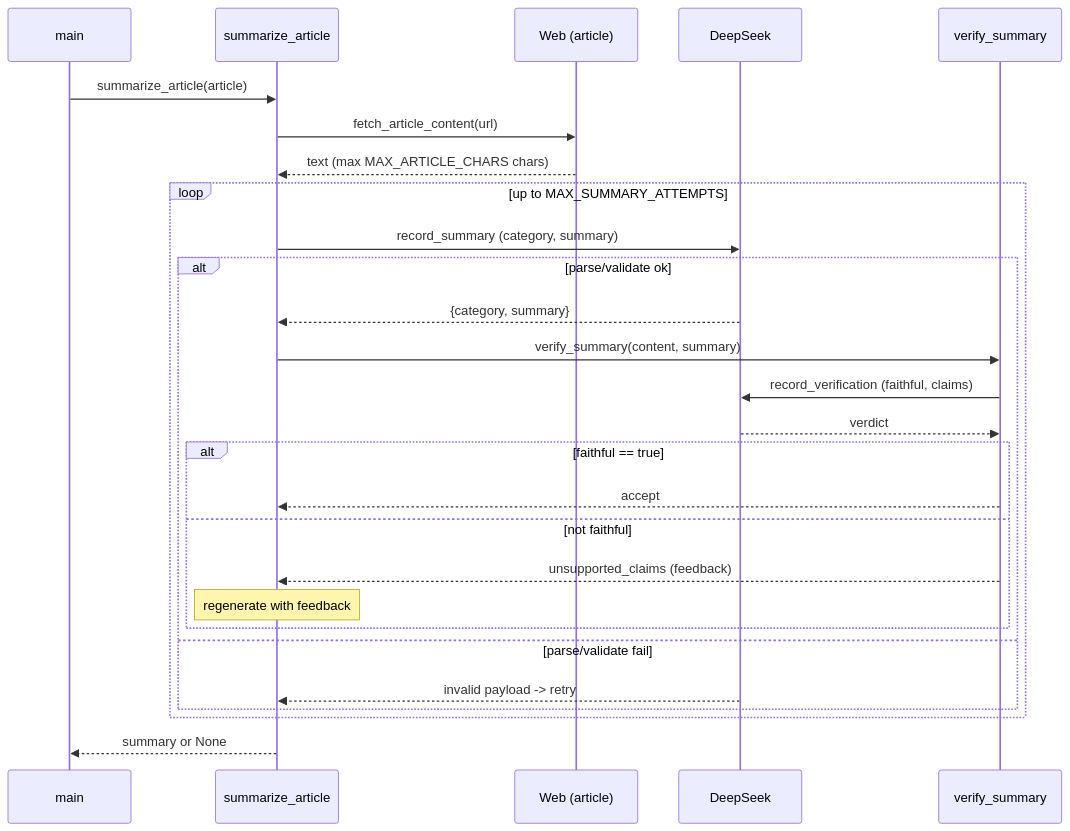
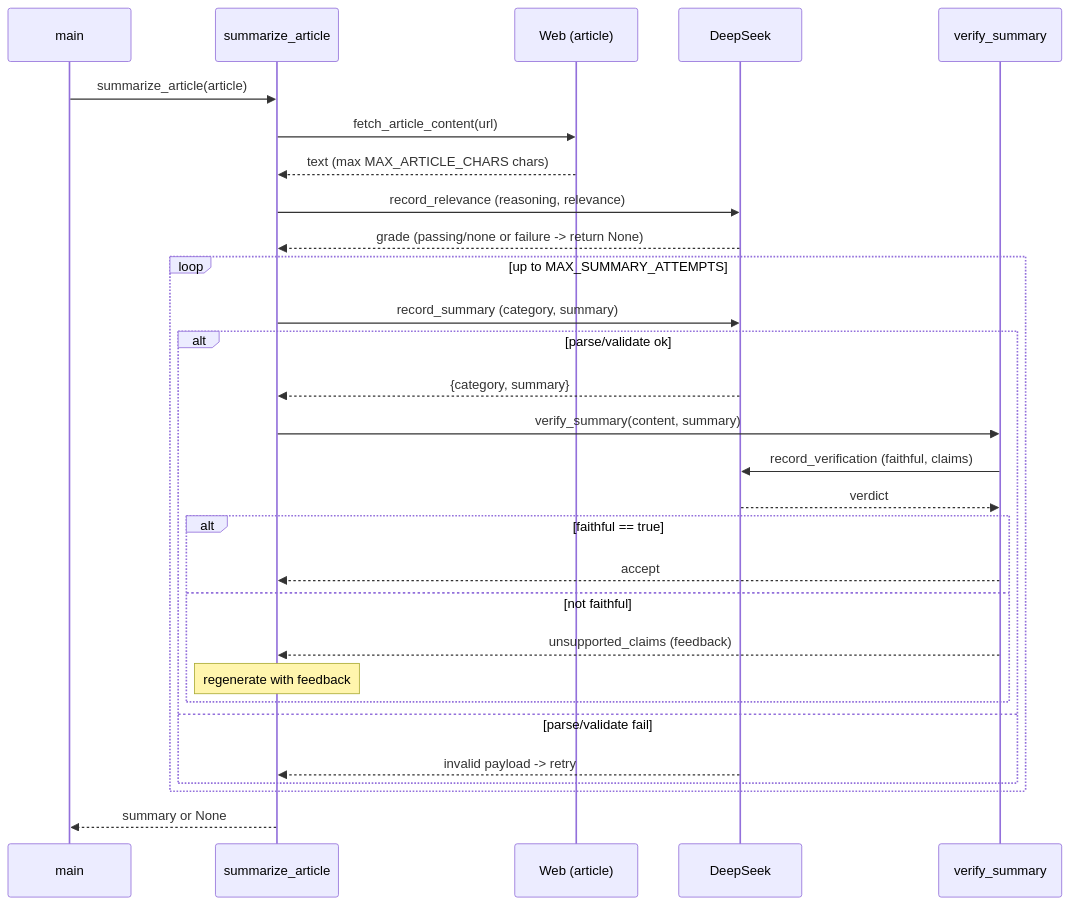
Before and after one commit to justynak/agent_playground: the second of 2 diagrams in eu_ai_act_news/docs/architecture.md, drawn with Mermaid. The commit also changed other lines of this file and 7 other files, not shown here.

````diff
--- a/eu_ai_act_news/docs/architecture.md
+++ b/eu_ai_act_news/docs/architecture.md
@@ -117,30 +124,32 @@
 ```mermaid
 sequenceDiagram
     participant M as main
     participant S as summarize_article
     participant W as Web (article)
     participant L as DeepSeek
     participant V as verify_summary
 
     M->>S: summarize_article(article)
     S->>W: fetch_article_content(url)
     W-->>S: text (max MAX_ARTICLE_CHARS chars)
+    S->>L: record_relevance (reasoning, relevance)
+    L-->>S: grade (passing/none or failure -> return None)
     loop up to MAX_SUMMARY_ATTEMPTS
         S->>L: record_summary (category, summary)
         alt parse/validate ok
             L-->>S: {category, summary}
             S->>V: verify_summary(content, summary)
             V->>L: record_verification (faithful, claims)
             L-->>V: verdict
             alt faithful == true
                 V-->>S: accept
             else not faithful
                 V-->>S: unsupported_claims (feedback)
                 note over S: regenerate with feedback
             end
         else parse/validate fail
             L-->>S: invalid payload -> retry
         end
     end
     S-->>M: summary or None
 ```
````
